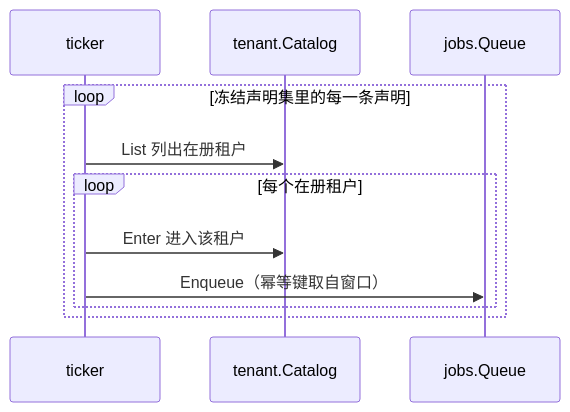
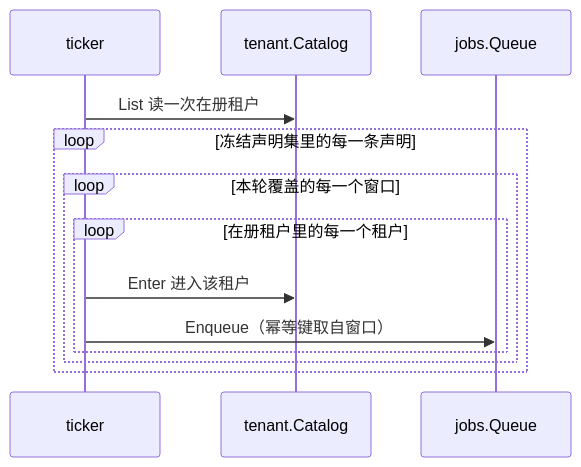
The diagram in docs/design/modules/jobs/design-jobs-scheduler.md (wangzw/speed), drawn with Mermaid before and after one commit. The commit also changed other lines of this file and 12 other files, not shown here.

````diff
--- a/docs/design/modules/jobs/design-jobs-scheduler.md
+++ b/docs/design/modules/jobs/design-jobs-scheduler.md
@@ -83,13 +93,15 @@
 ```mermaid
 sequenceDiagram
     participant TK as ticker
     participant CT as tenant.Catalog
     participant Q as jobs.Queue
+    TK->>CT: List 读一次在册租户
     loop 冻结声明集里的每一条声明
-        TK->>CT: List 列出在册租户
-        loop 每个在册租户
-            TK->>CT: Enter 进入该租户
-            TK->>Q: Enqueue（幂等键取自窗口）
+        loop 本轮覆盖的每一个窗口
+            loop 在册租户里的每一个租户
+                TK->>CT: Enter 进入该租户
+                TK->>Q: Enqueue（幂等键取自窗口）
+            end
         end
     end
 ```
````
